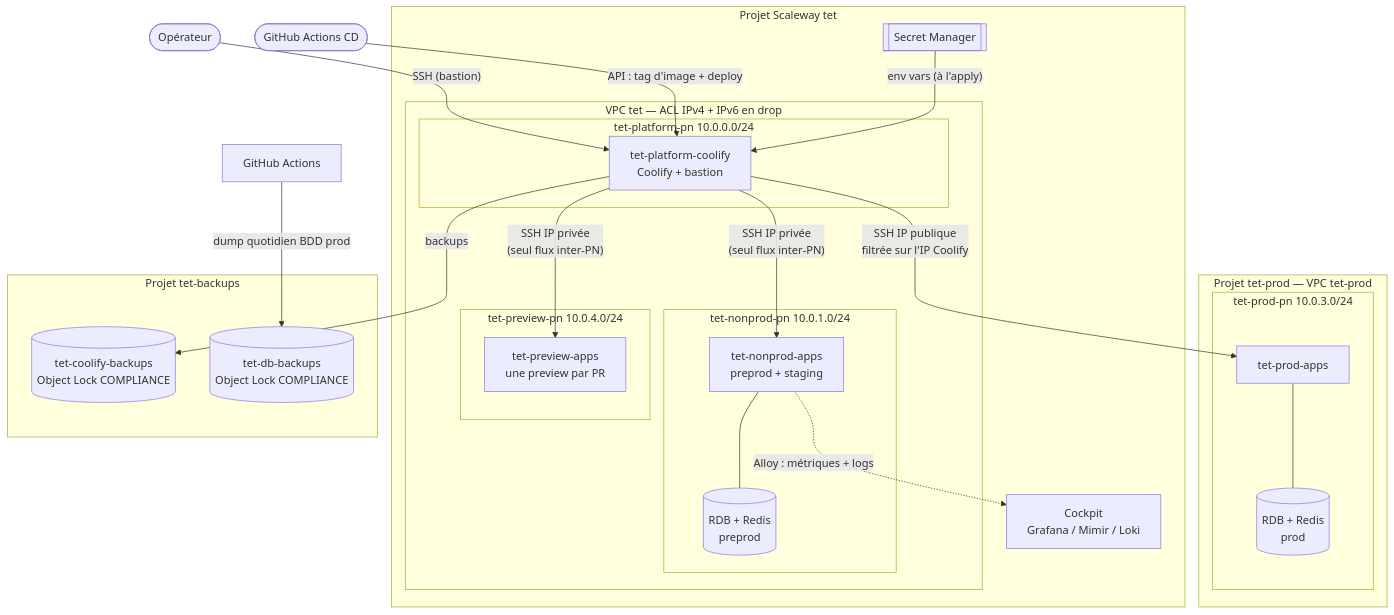
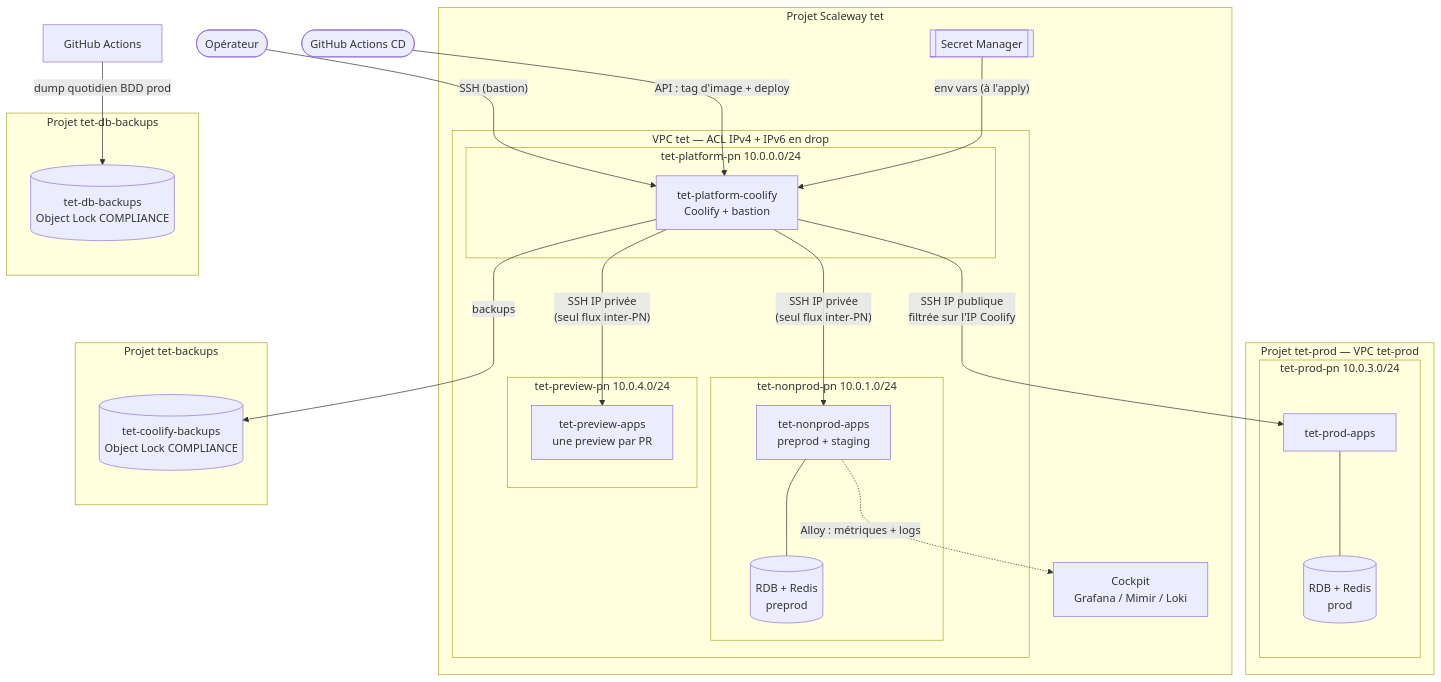
Before and after one commit to incubateur-ademe/territoires-en-transitions: the first of 2 diagrams in infra/README.md, drawn with Mermaid. The commit also changed other lines of this file and 3 other files, not shown here.

First line of the commit message:
chore(infra): projet Scaleway dédié tet-db-backups pour les dumps de la BDD de prod

````diff
--- a/infra/README.md
+++ b/infra/README.md
@@ -16,43 +16,46 @@
 ```mermaid
 flowchart TB
   ops([Opérateur]) -- "SSH (bastion)" --> coolify
   cd([GitHub Actions CD]) -- "API : tag d'image + deploy" --> coolify
 
   subgraph main["Projet Scaleway tet"]
     subgraph vpc["VPC tet — ACL IPv4 + IPv6 en drop"]
       subgraph ppn["tet-platform-pn 10.0.0.0/24"]
         coolify["tet-platform-coolify<br/>Coolify + bastion"]
       end
       subgraph npn["tet-nonprod-pn 10.0.1.0/24"]
         nonprod["tet-nonprod-apps<br/>preprod + staging"]
         nrdb[(RDB + Redis<br/>preprod)]
       end
       subgraph vpn["tet-preview-pn 10.0.4.0/24"]
         preview["tet-preview-apps<br/>une preview par PR"]
       end
     end
     sm[[Secret Manager]]
     cockpit[Cockpit<br/>Grafana / Mimir / Loki]
   end
 
   subgraph prodp["Projet tet-prod — VPC tet-prod"]
     subgraph prodpn["tet-prod-pn 10.0.3.0/24"]
       prod["tet-prod-apps"]
       prdb[(RDB + Redis<br/>prod)]
     end
   end
 
   subgraph bk["Projet tet-backups"]
     bucket[(tet-coolify-backups<br/>Object Lock COMPLIANCE)]
+  end
+
+  subgraph dbk["Projet tet-db-backups"]
     dbbucket[(tet-db-backups<br/>Object Lock COMPLIANCE)]
   end
 
   coolify -- "SSH IP privée<br/>(seul flux inter-PN)" --> nonprod & preview
   coolify -- "SSH IP publique<br/>filtrée sur l'IP Coolify" --> prod
   sm -- "env vars (à l'apply)" --> coolify
   coolify -- "backups" --> bucket
   gha["GitHub Actions"] -- "dump quotidien BDD prod" --> dbbucket
   nonprod --- nrdb
   prod --- prdb
   nonprod -. "Alloy : métriques + logs" .-> cockpit
 ```
````
